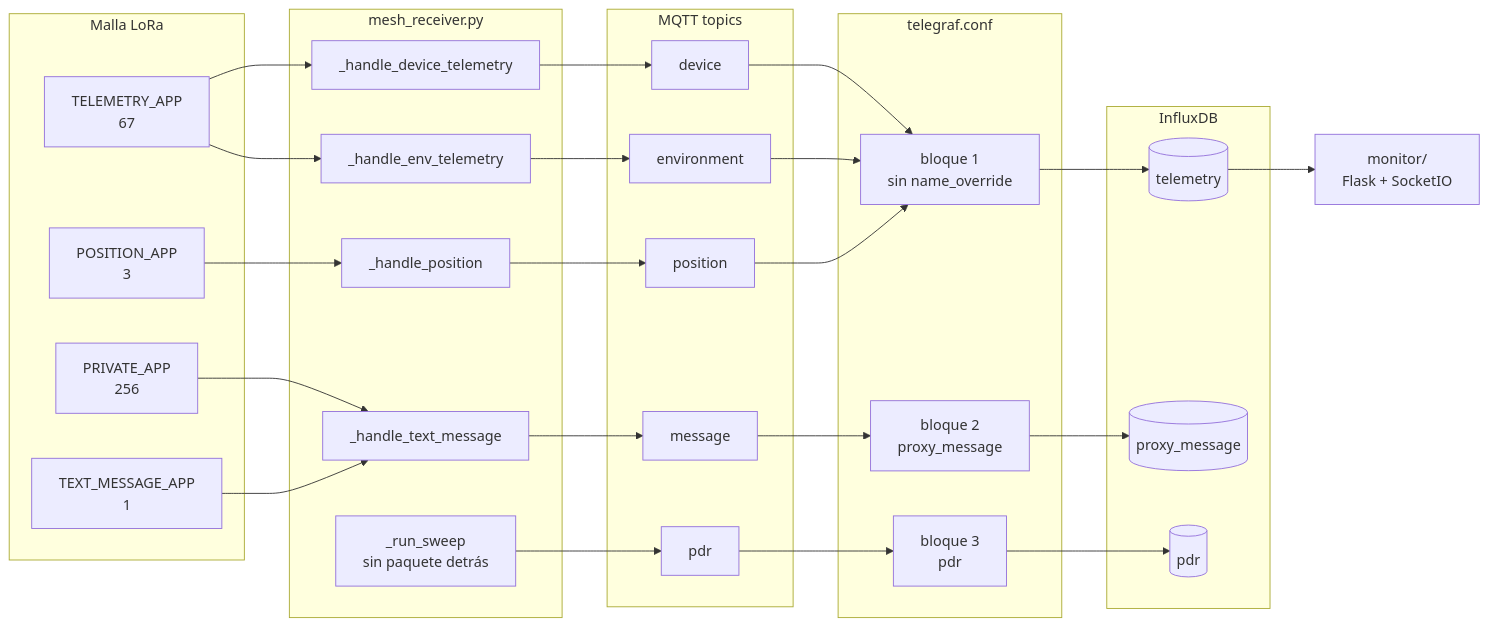
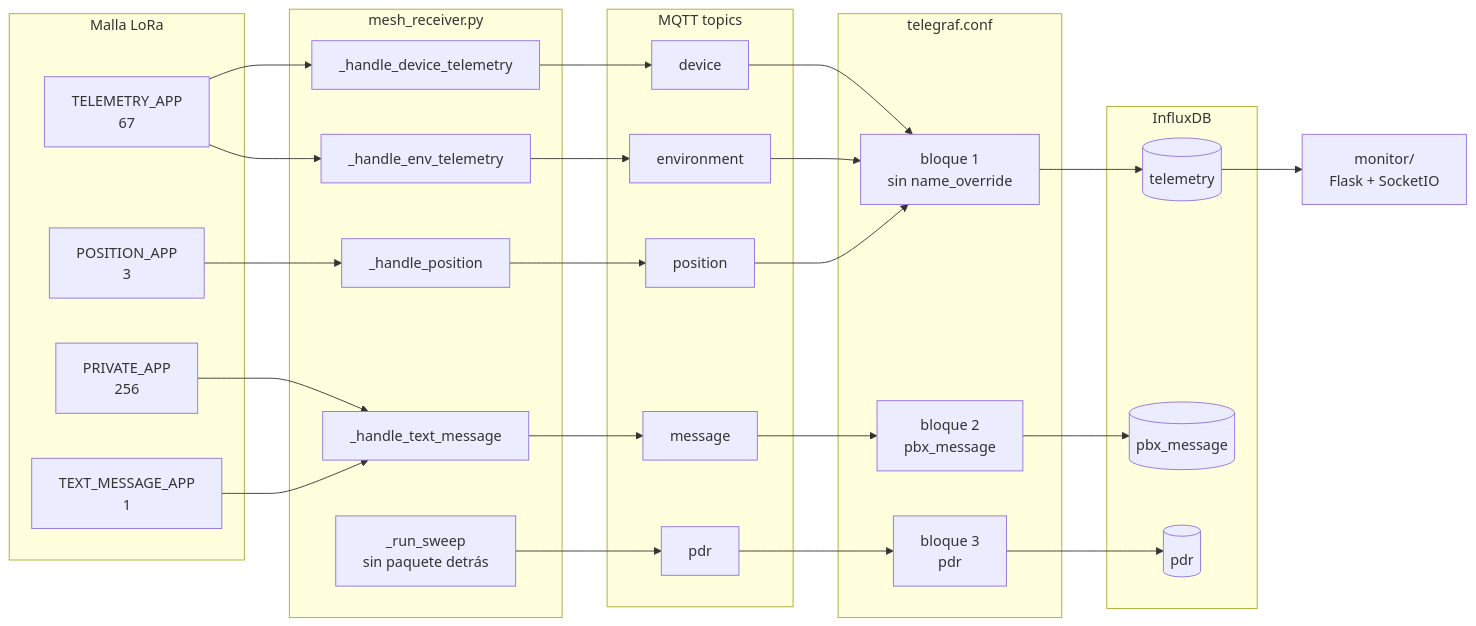
One commit to OF306PUC/meshtastic-testbed-platform changed the first of 2 diagrams in docs/diagrams/database-ingestion-schema.md. Above: the diagram before and after it, drawn with Mermaid. The commit also changed other lines of this file and 34 other files, not shown here.

````diff
--- a/docs/diagrams/database-ingestion-schema.md
+++ b/docs/diagrams/database-ingestion-schema.md
@@ -14,62 +14,62 @@
 ```mermaid
 flowchart LR
     subgraph malla["Malla LoRa"]
         A1["TELEMETRY_APP<br/>67"]
         A2["POSITION_APP<br/>3"]
         A3["PRIVATE_APP<br/>256"]
         A4["TEXT_MESSAGE_APP<br/>1"]
     end
 
     subgraph recv["mesh_receiver.py"]
         H1["_handle_device_telemetry"]
         H2["_handle_env_telemetry"]
         H3["_handle_position"]
         H4["_handle_text_message"]
         H5["_run_sweep<br/>sin paquete detrás"]
     end
 
     subgraph topics["MQTT topics"]
         T1["device"]
         T2["environment"]
         T3["position"]
         T4["message"]
         T5["pdr"]
     end
 
     subgraph tg["telegraf.conf"]
         B1["bloque 1<br/>sin name_override"]
-        B2["bloque 2<br/>proxy_message"]
+        B2["bloque 2<br/>pbx_message"]
         B3["bloque 3<br/>pdr"]
     end
 
     subgraph db["InfluxDB"]
         M1[("telemetry")]
-        M2[("proxy_message")]
+        M2[("pbx_message")]
         M3[("pdr")]
     end
 
     MON["monitor/<br/>Flask + SocketIO"]
 
     A1 --> H1
     A1 --> H2
     A2 --> H3
     A3 --> H4
     A4 --> H4
 
     H1 --> T1
     H2 --> T2
     H3 --> T3
     H4 --> T4
     H5 --> T5
 
     T1 --> B1
     T2 --> B1
     T3 --> B1
     T4 --> B2
     T5 --> B3
 
     B1 --> M1
     B2 --> M2
     B3 --> M3
     M1 --> MON
 ```
````
